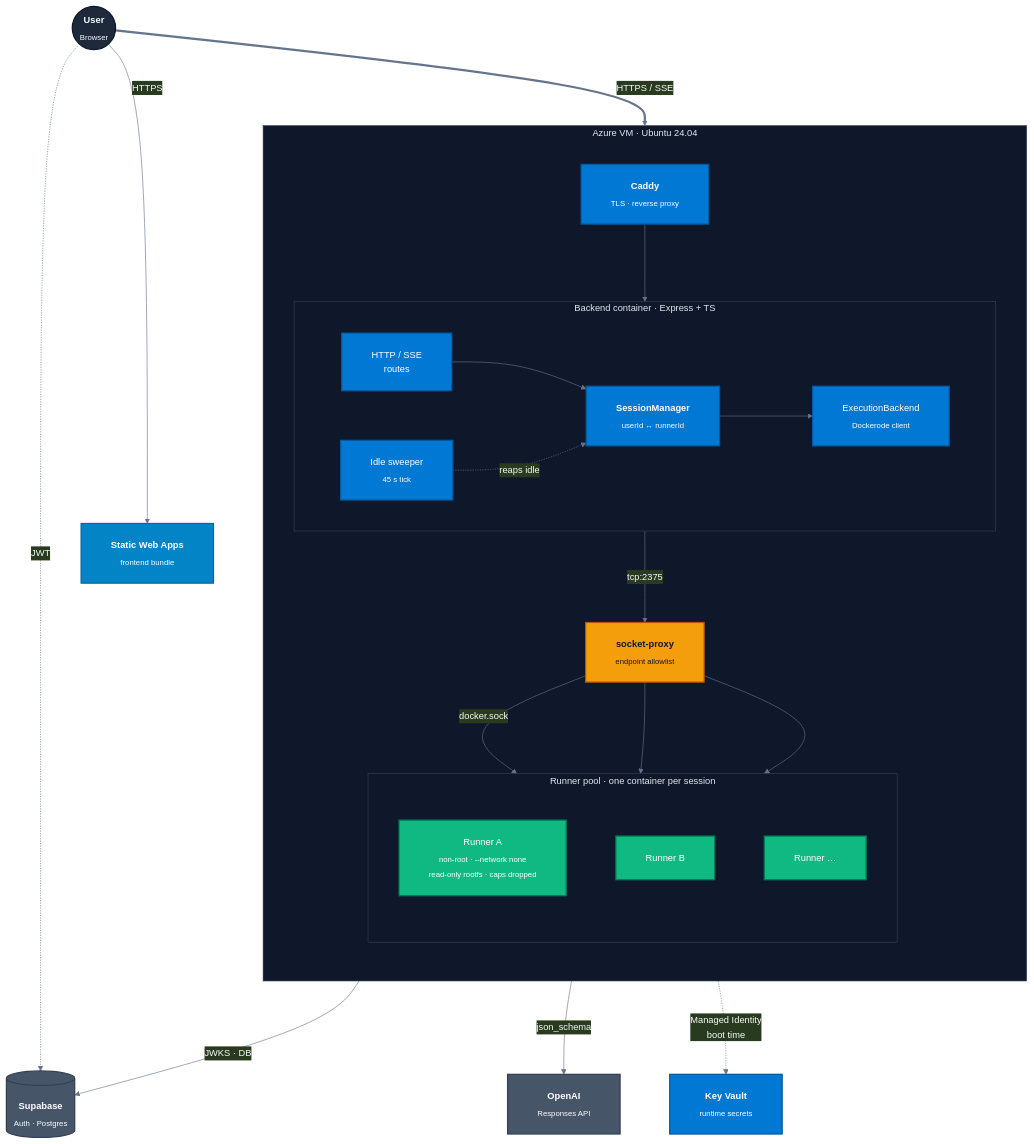
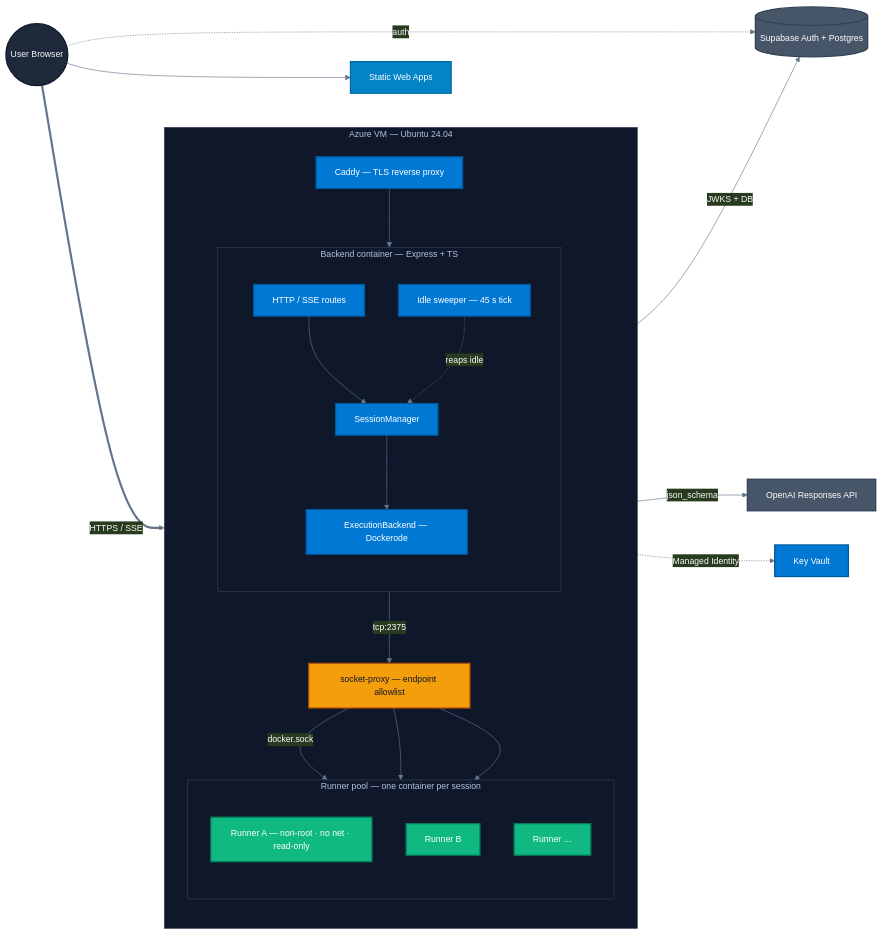
One commit to msrivas-7/CodeTutor-AI changed the first of 2 diagrams in README.md. Above: the diagram before and after it, drawn with Mermaid.

Commit message:
docs: fix arch-diagram text cutoff (drop htmlLabels + wrapper subgraphs)

```diff
--- a/README.md
+++ b/README.md
@@ -101,56 +101,45 @@
   'theme': 'base',
   'themeVariables': {
     'fontFamily': '-apple-system, BlinkMacSystemFont, Segoe UI, sans-serif',
-    'fontSize': '15px',
+    'fontSize': '14px',
     'primaryColor': '#1e293b',
     'primaryTextColor': '#f8fafc',
     'primaryBorderColor': '#334155',
     'lineColor': '#64748b',
-    'tertiaryColor': '#0f172a',
-    'tertiaryBorderColor': '#334155',
-    'tertiaryTextColor': '#e2e8f0',
     'clusterBkg': '#0f172a',
     'clusterBorder': '#334155'
   },
-  'flowchart': {
-    'curve': 'basis',
-    'htmlLabels': true,
-    'padding': 24,
-    'nodeSpacing': 80,
-    'rankSpacing': 100,
-    'diagramPadding': 20
-  }
+  'flowchart': { 'curve': 'basis', 'nodeSpacing': 55, 'rankSpacing': 70 }
 }}%%
-flowchart TB
-    U(("<b>User</b><br/><sub>Browser</sub>"))
+flowchart LR
+    U((User Browser))
+    SWA[Static Web Apps]
+    SB[(Supabase Auth + Postgres)]
+    AI[OpenAI Responses API]
+    KV[Key Vault]
 
-    SWA["<b>Static Web Apps</b><br/><sub>frontend bundle</sub>"]
-    SB[("<b>Supabase</b><br/><sub>Auth · Postgres</sub>")]
-    AI["<b>OpenAI</b><br/><sub>Responses API</sub>"]
-    KV["<b>Key Vault</b><br/><sub>runtime secrets</sub>"]
+    subgraph VM[Azure VM — Ubuntu 24.04]
+        direction TB
+        CD[Caddy — TLS reverse proxy]
 
-    subgraph VM["&nbsp;&nbsp;Azure VM · Ubuntu 24.04&nbsp;&nbsp;"]
-        direction TB
-        CD["<b>Caddy</b><br/><sub>TLS · reverse proxy</sub>"]
-
-        subgraph BECTR["&nbsp;&nbsp;Backend container · Express + TS&nbsp;&nbsp;"]
-            direction LR
-            API["HTTP / SSE<br/>routes"]
-            SM["<b>SessionManager</b><br/><sub>userId ↔ runnerId</sub>"]
-            EB["ExecutionBackend<br/><sub>Dockerode client</sub>"]
-            SW["Idle sweeper<br/><sub>45 s tick</sub>"]
+        subgraph BECTR[Backend container — Express + TS]
+            direction TB
+            API[HTTP / SSE routes]
+            SM[SessionManager]
+            EB[ExecutionBackend — Dockerode]
+            SW[Idle sweeper — 45 s tick]
             API --> SM
             SM --> EB
             SW -. reaps idle .-> SM
         end
 
-        SP["<b>socket-proxy</b><br/><sub>endpoint allowlist</sub>"]
+        SP[socket-proxy — endpoint allowlist]
 
-        subgraph POOL["&nbsp;&nbsp;Runner pool · one container per session&nbsp;&nbsp;"]
+        subgraph POOL[Runner pool — one container per session]
             direction TB
-            R1["Runner A<br/><sub>non-root · --network none<br/>read-only rootfs · caps dropped</sub>"]
-            R2["Runner B"]
-            R3["Runner …"]
+            R1[Runner A — non-root · no net · read-only]
+            R2[Runner B]
+            R3[Runner …]
         end
 
         CD --> API
@@ -160,12 +149,12 @@
         SP --> R3
     end
 
-    U -->|HTTPS| SWA
+    U --> SWA
     U ==>|HTTPS / SSE| CD
-    U -.->|JWT| SB
-    BECTR -->|JWKS · DB| SB
+    U -.->|auth| SB
+    BECTR -->|JWKS + DB| SB
     BECTR -->|json_schema| AI
-    BECTR -. Managed Identity<br/>boot time .-> KV
+    BECTR -. Managed Identity .-> KV
 
     classDef user fill:#1e293b,stroke:#0f172a,color:#f8fafc,stroke-width:2px
     classDef edge fill:#0284c7,stroke:#0369a1,color:#fff,stroke-width:2px
```
